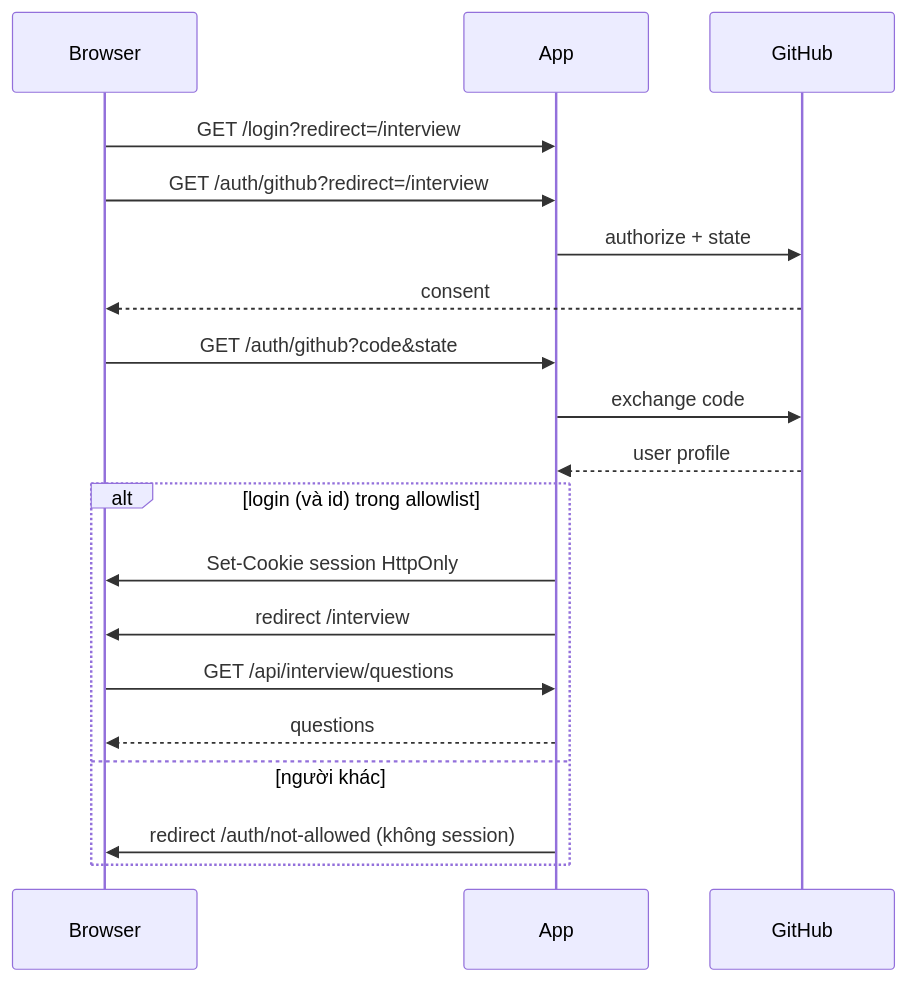
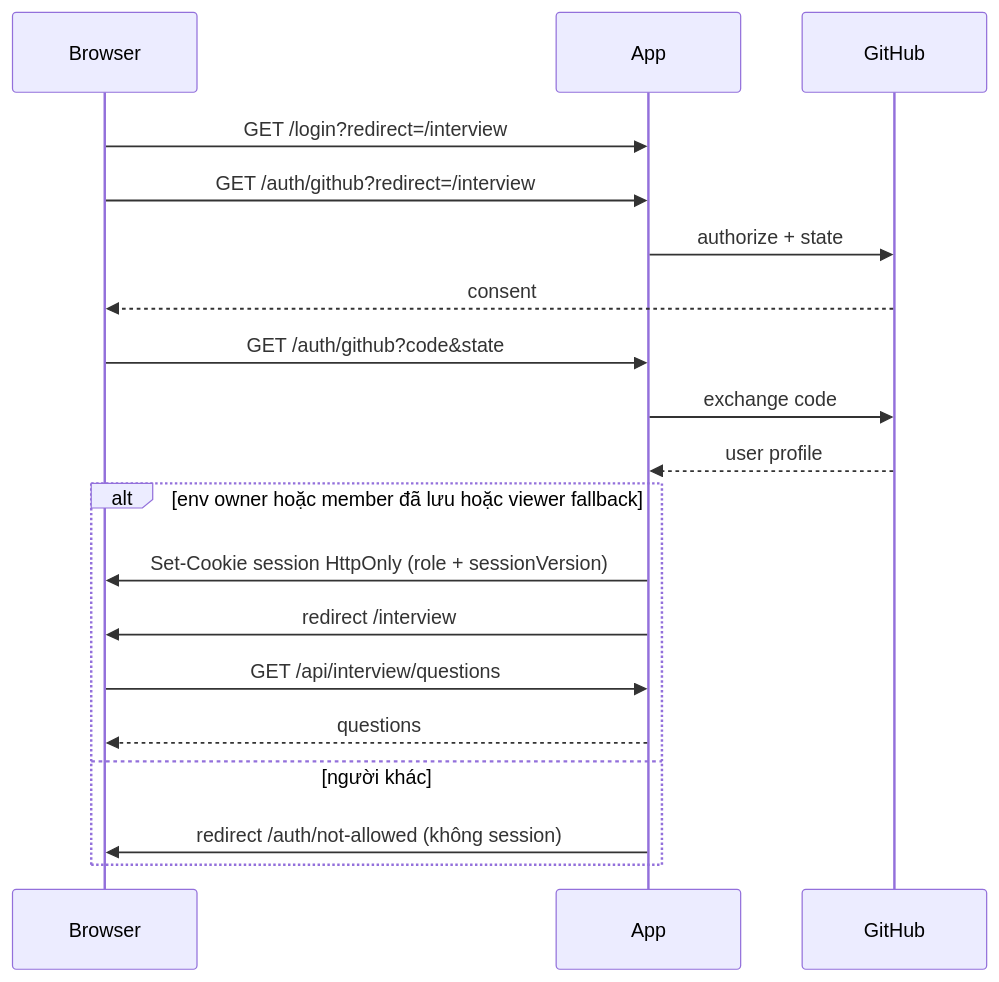
The third of 4 diagrams in README-vi.md (parker2808/interview-senior-fe), drawn with Mermaid before and after one commit. The commit also changed other lines of this file and 62 other files, not shown here.

First line of the commit message:
Add owner-only Access/Sharing admin with roles and share links

````diff
--- a/README-vi.md
+++ b/README-vi.md
@@ -137,21 +157,21 @@
 ```mermaid
 sequenceDiagram
   participant Browser
   participant App
   participant GitHub
   Browser->>App: GET /login?redirect=/interview
   Browser->>App: GET /auth/github?redirect=/interview
   App->>GitHub: authorize + state
   GitHub-->>Browser: consent
   Browser->>App: GET /auth/github?code&state
   App->>GitHub: exchange code
   GitHub-->>App: user profile
-  alt login (và id) trong allowlist
-    App->>Browser: Set-Cookie session HttpOnly
+  alt env owner hoặc member đã lưu hoặc viewer fallback
+    App->>Browser: Set-Cookie session HttpOnly (role + sessionVersion)
     App->>Browser: redirect /interview
     Browser->>App: GET /api/interview/questions
     App-->>Browser: questions
   else người khác
     App->>Browser: redirect /auth/not-allowed (không session)
   end
 ```
````
